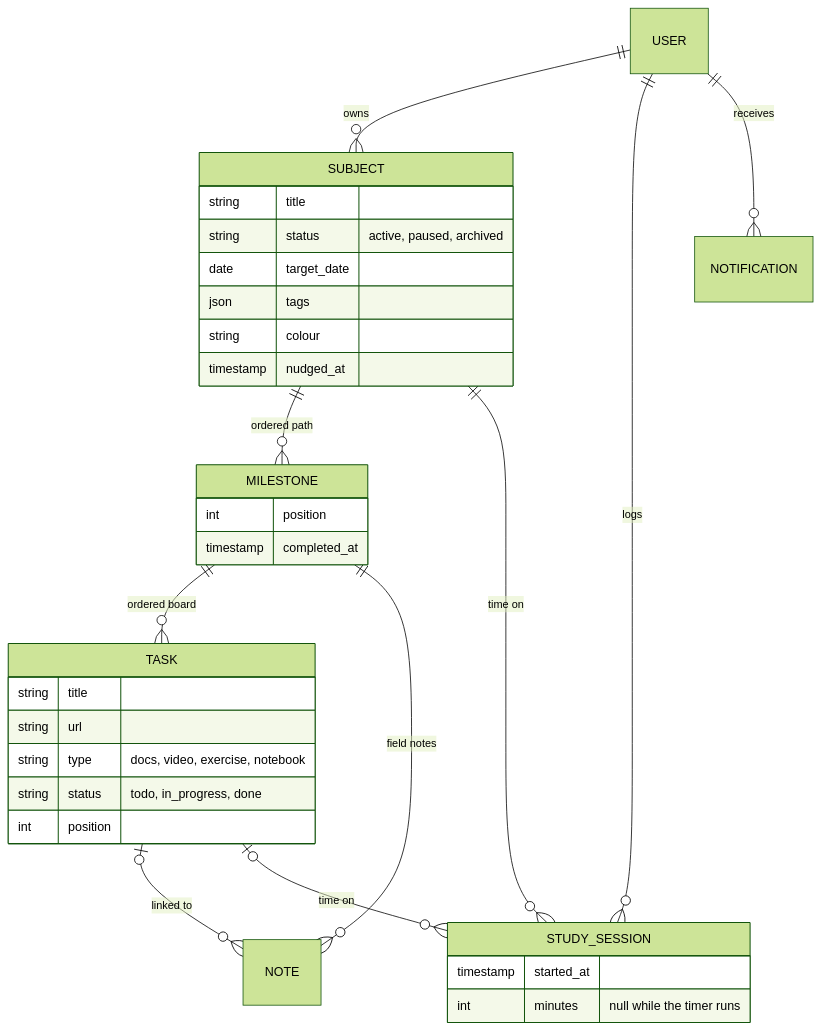
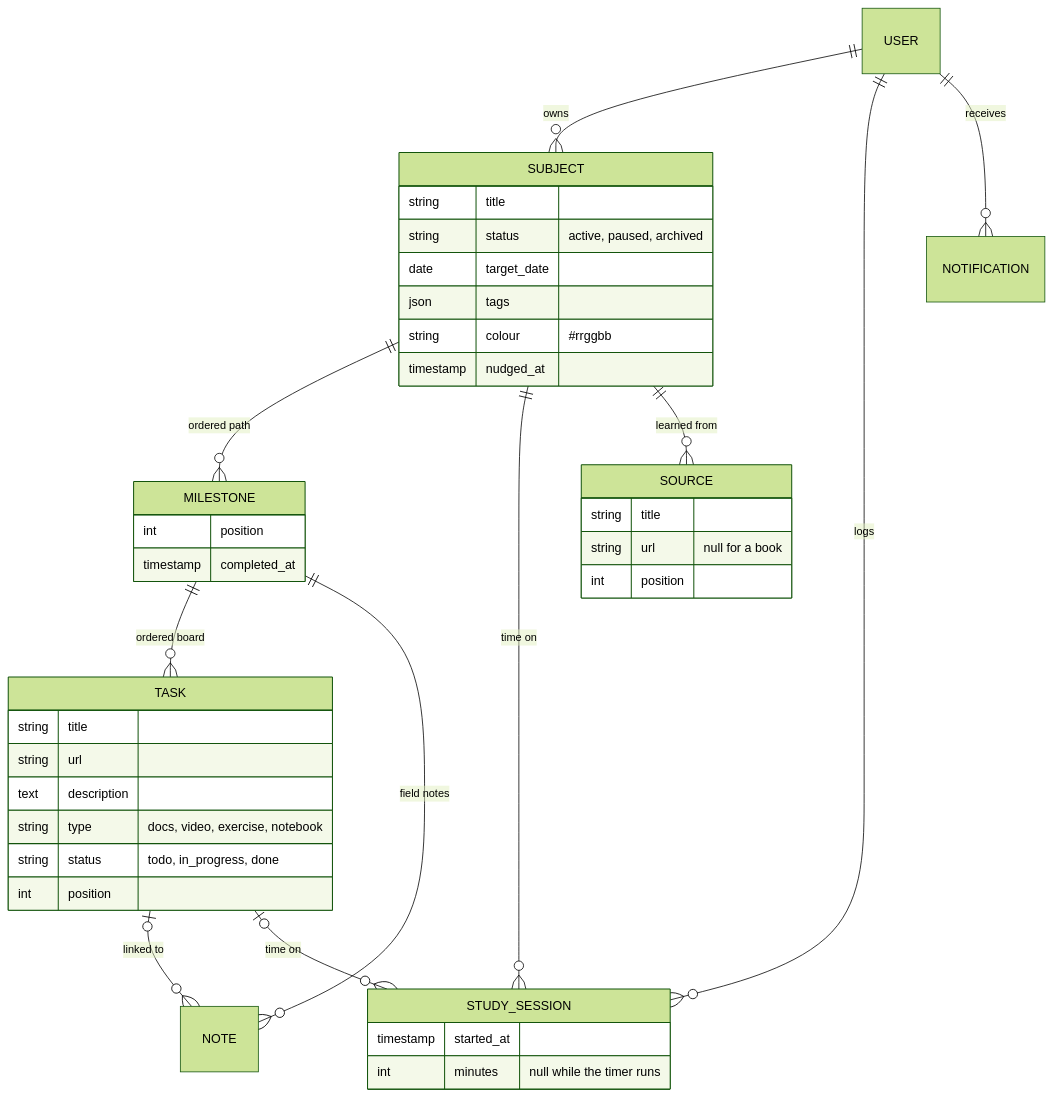
The second of 3 diagrams in README.md (ivailipm/Pathly), drawn with Mermaid (forest theme) before and after one commit. The commit also changed other lines of this file and 7 other files, not shown here.

````diff
--- a/README.md
+++ b/README.md
@@ -88,36 +101,43 @@
 ```mermaid
 erDiagram
     USER ||--o{ SUBJECT : owns
     SUBJECT ||--o{ MILESTONE : "ordered path"
     MILESTONE ||--o{ TASK : "ordered board"
     MILESTONE ||--o{ NOTE : "field notes"
     TASK |o--o{ NOTE : "linked to"
     USER ||--o{ STUDY_SESSION : logs
     SUBJECT ||--o{ STUDY_SESSION : "time on"
     TASK |o--o{ STUDY_SESSION : "time on"
     USER ||--o{ NOTIFICATION : receives
+    SUBJECT ||--o{ SOURCE : "learned from"
 
     SUBJECT {
         string title
         string status "active, paused, archived"
         date target_date
         json tags
-        string colour
+        string colour "#rrggbb"
         timestamp nudged_at
+    }
+    SOURCE {
+        string title
+        string url "null for a book"
+        int position
     }
     MILESTONE {
         int position
         timestamp completed_at
     }
     TASK {
         string title
         string url
+        text description
         string type "docs, video, exercise, notebook"
         string status "todo, in_progress, done"
         int position
     }
     STUDY_SESSION {
         timestamp started_at
         int minutes "null while the timer runs"
     }
 ```
````
